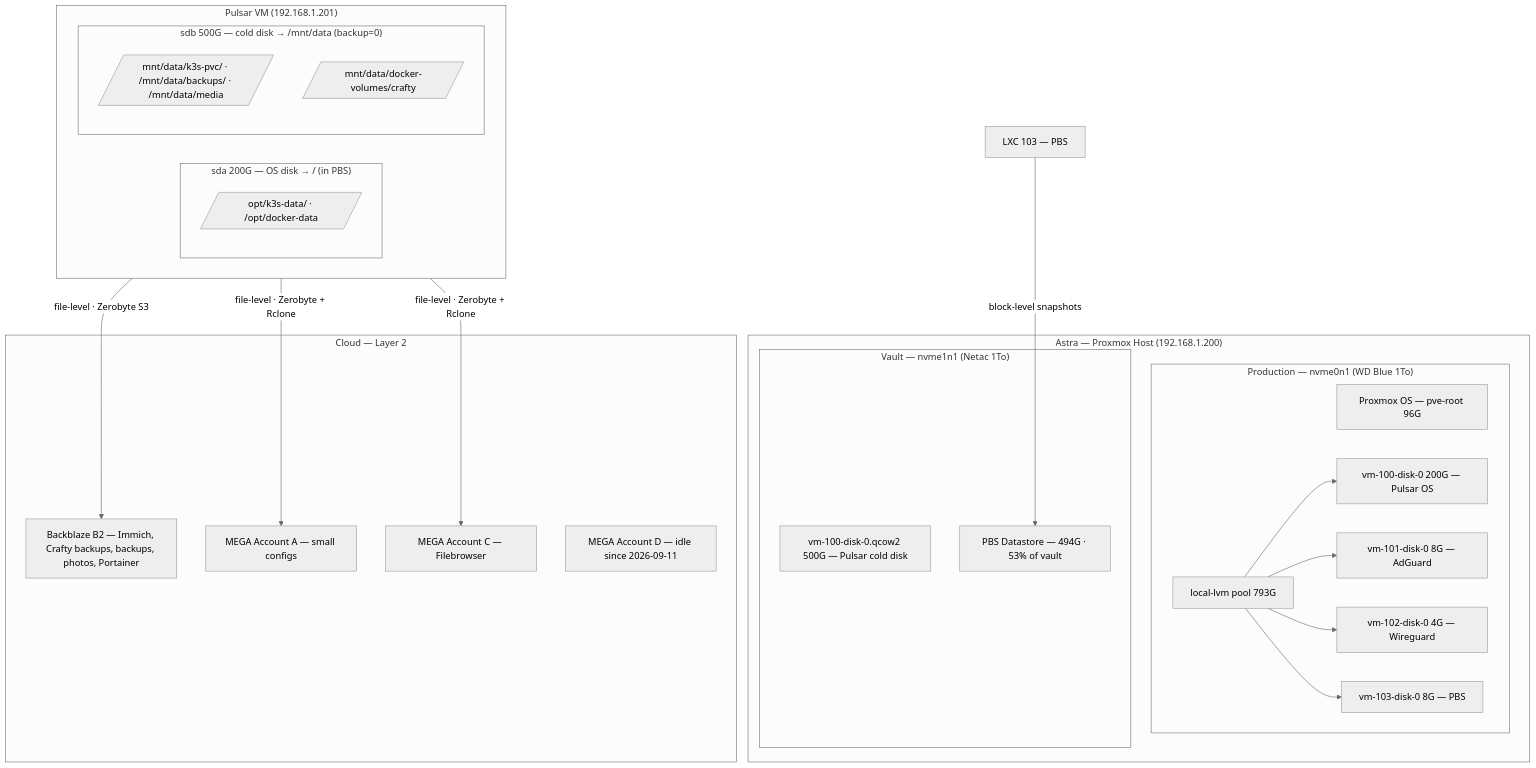
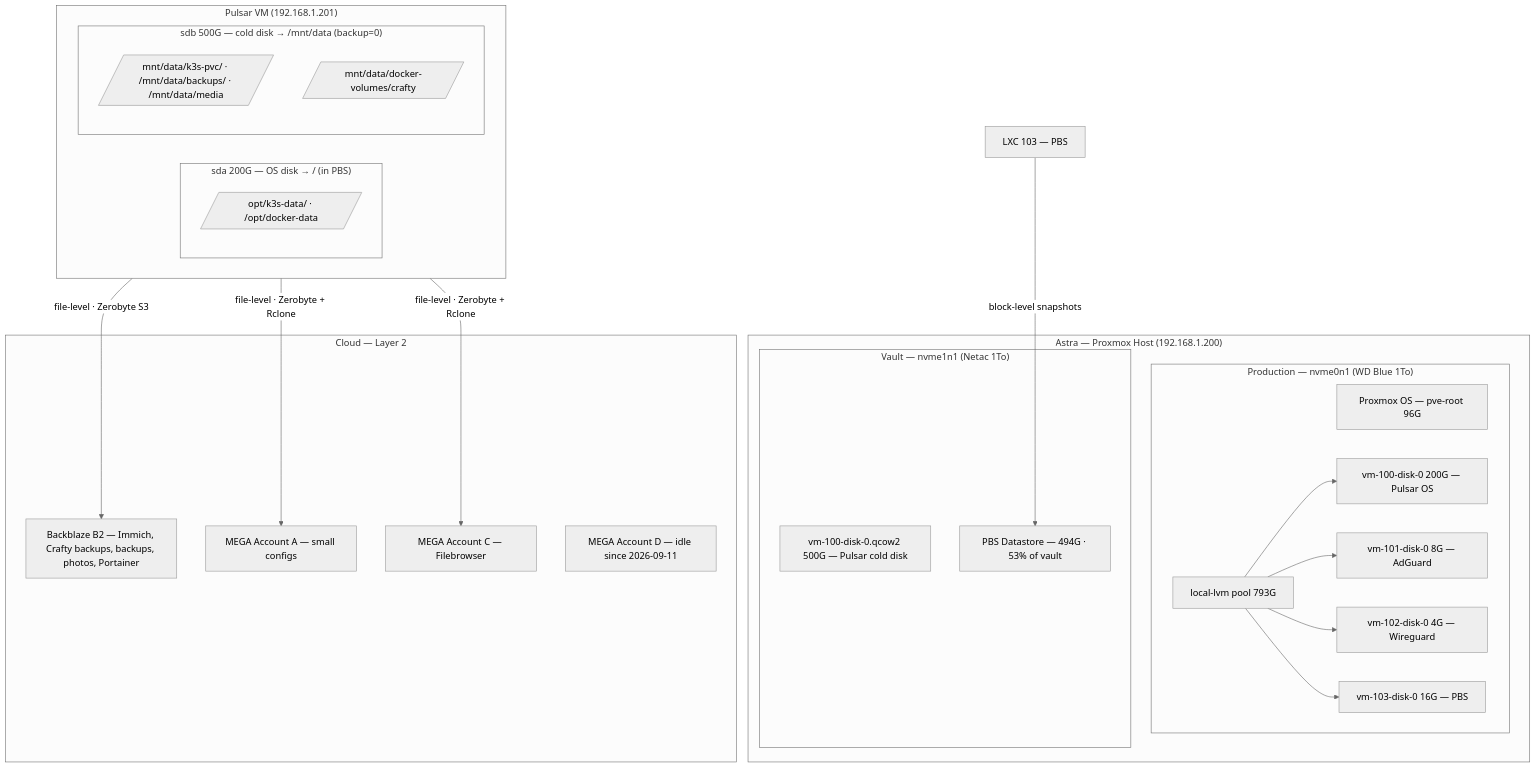
Before and after one commit to Enoal-Fauchille-Bolle/Astra-ops: the diagram in docs/BACKUP.md, drawn with Mermaid (neutral theme). The commit also changed other lines of this file, not shown here.

Commit message:
📝 [Docs] Record the Astra reboot and the PBS 4 follow-ups

````diff
--- a/docs/BACKUP.md
+++ b/docs/BACKUP.md
@@ -62,40 +62,40 @@
 ```mermaid
 graph TB
     subgraph ASTRA["Astra — Proxmox Host (192.168.1.200)"]
         subgraph PROD["Production — nvme0n1 (WD Blue 1To)"]
             PVE_OS[Proxmox OS — pve-root 96G]
             LVM[local-lvm pool 793G]
             LVM --> DISK0[vm-100-disk-0 200G — Pulsar OS]
             LVM --> DISK1[vm-101-disk-0 8G — AdGuard]
             LVM --> DISK2[vm-102-disk-0 4G — Wireguard]
-            LVM --> DISK3[vm-103-disk-0 8G — PBS]
+            LVM --> DISK3[vm-103-disk-0 16G — PBS]
         end
 
         subgraph VAULT["Vault — nvme1n1 (Netac 1To)"]
             VAULT_IMAGES[vm-100-disk-0.qcow2 500G — Pulsar cold disk]
             PBS_DS[PBS Datastore — 494G · 53% of vault]
         end
     end
 
     subgraph PULSAR["Pulsar VM (192.168.1.201)"]
         subgraph SDA["sda 200G — OS disk → / (in PBS)"]
             OPT[/opt/k3s-data/ · /opt/docker-data/]
         end
         subgraph SDB["sdb 500G — cold disk → /mnt/data (backup=0)"]
             MNT[/mnt/data/k3s-pvc/ · /mnt/data/backups/ · /mnt/data/media/]
             CRAFTY_VOL[/mnt/data/docker-volumes/crafty/]
         end
     end
 
     subgraph CLOUD["Cloud — Layer 2"]
         B2[Backblaze B2 — Immich, Crafty backups, backups, photos, Portainer]
         MEGA_A[MEGA Account A — small configs]
         MEGA_C[MEGA Account C — Filebrowser]
         MEGA_D[MEGA Account D — idle since 2026-09-11]
     end
 
     PBS_LXC[LXC 103 — PBS] -->|block-level snapshots| PBS_DS
     PULSAR -->|file-level · Zerobyte S3| B2
     PULSAR -->|file-level · Zerobyte + Rclone| MEGA_A
     PULSAR -->|file-level · Zerobyte + Rclone| MEGA_C
 ```
````
